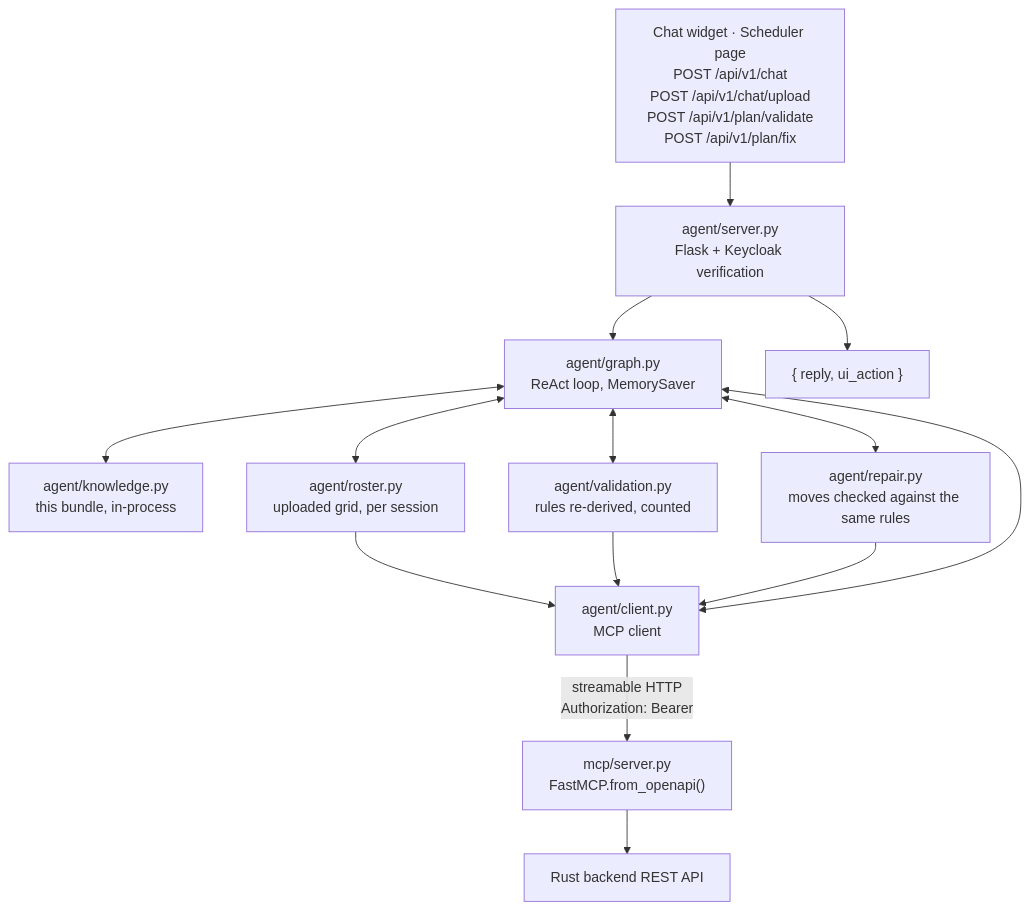
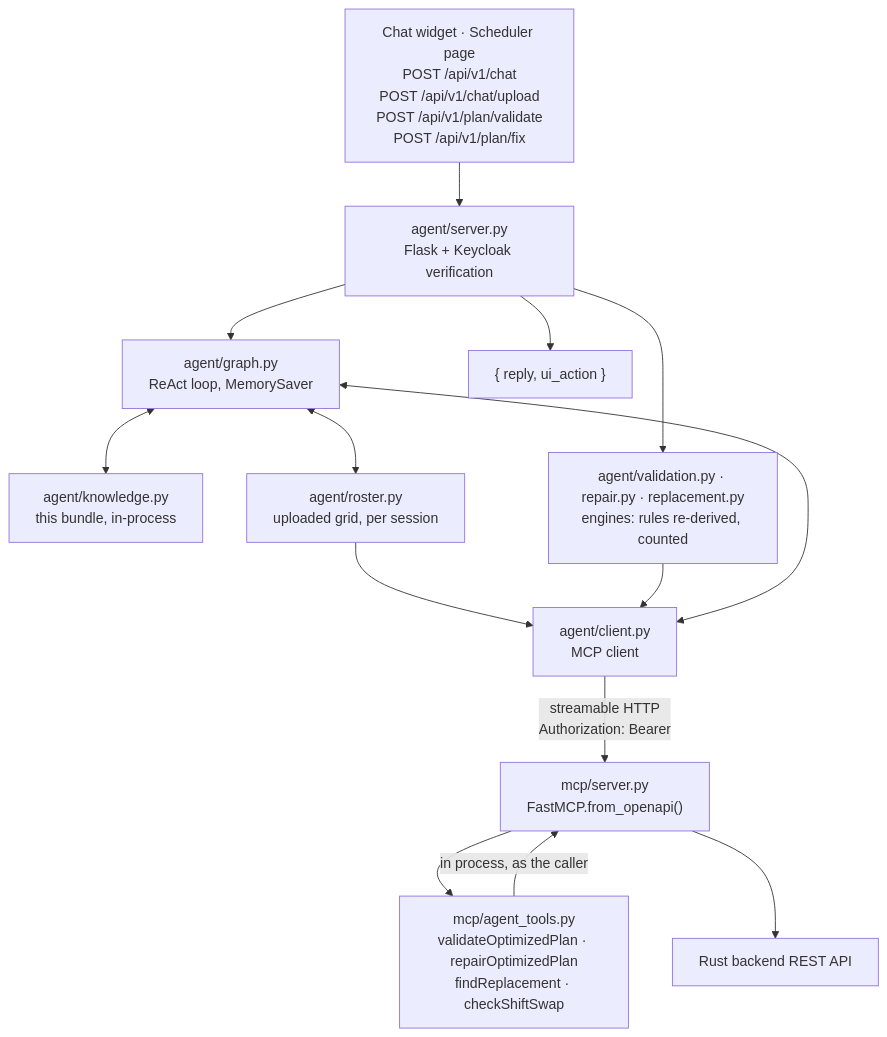
Before and after one commit to uid09552/shift: the diagram in docs/knowledge/architecture/agent-and-mcp-service.md, drawn with Mermaid. The commit also changed other lines of this file and 72 other files, not shown here.

````diff
--- a/docs/knowledge/architecture/agent-and-mcp-service.md
+++ b/docs/knowledge/architecture/agent-and-mcp-service.md
@@ -52,16 +54,16 @@
 ```mermaid
 flowchart TB
     W["Chat widget · Scheduler page<br/>POST /api/v1/chat<br/>POST /api/v1/chat/upload<br/>POST /api/v1/plan/validate<br/>POST /api/v1/plan/fix"] --> S["agent/server.py<br/>Flask + Keycloak verification"]
     S --> G["agent/graph.py<br/>ReAct loop, MemorySaver"]
     G <--> K["agent/knowledge.py<br/>this bundle, in-process"]
     G <--> D["agent/roster.py<br/>uploaded grid, per session"]
-    G <--> V["agent/validation.py<br/>rules re-derived, counted"]
-    G <--> P["agent/repair.py<br/>moves checked against the same rules"]
+    S --> V["agent/validation.py · repair.py · replacement.py<br/>engines: rules re-derived, counted"]
     D --> C
     V --> C
-    P --> C
     G <--> C["agent/client.py<br/>MCP client"]
     C -->|"streamable HTTP<br/>Authorization: Bearer"| M["mcp/server.py<br/>FastMCP.from_openapi()"]
+    M --> T["mcp/agent_tools.py<br/>validateOptimizedPlan · repairOptimizedPlan<br/>findReplacement · checkShiftSwap"]
+    T -->|"in process, as the caller"| M
     M --> B["Rust backend REST API"]
     S --> R["{ reply, ui_action }"]
 ```
````
